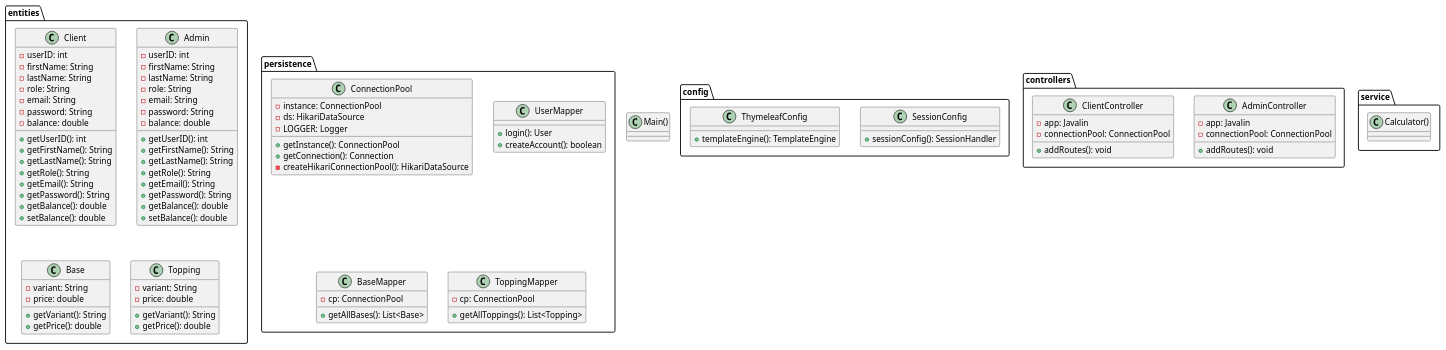
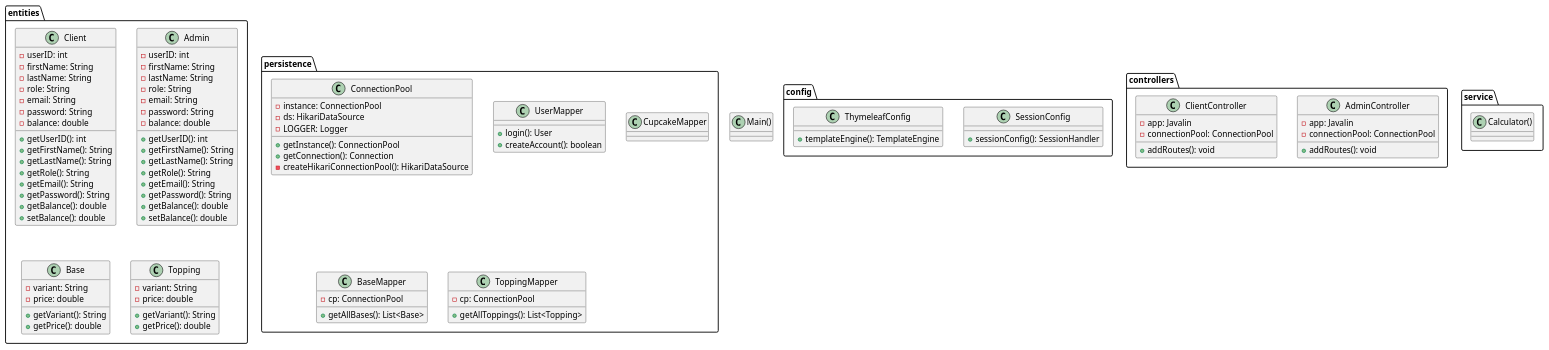
One commit to MathiasStenvall/CupCake-K changed the diagram in src/main/resources/UML/CupCake.puml. Above: the diagram before and after it, drawn with PlantUML. The commit also changed 1 other file, not shown here.

Commit message:
1). Created a Usermapper 2). Updated uml.

```diff
--- a/src/main/resources/UML/CupCake.puml
+++ b/src/main/resources/UML/CupCake.puml
@@ -1,117 +1,123 @@
 @startuml
 
 package entities {
 class Client {
 - userID: int
 - firstName: String
 - lastName: String
 - role: String
 - email: String
 - password: String
 - balance: double
 
 + getUserID(): int
 + getFirstName(): String
 + getLastName(): String
 + getRole(): String
 + getEmail(): String
 + getPassword(): String
 + getBalance(): double
 + setBalance(): double
 }
 
 class Admin {
 - userID: int
 - firstName: String
 - lastName: String
 - role: String
 - email: String
 - password: String
 - balance: double
 
 + getUserID(): int
 + getFirstName(): String
 + getLastName(): String
 + getRole(): String
 + getEmail(): String
 + getPassword(): String
 + getBalance(): double
 + setBalance(): double
 }
 
 class Base {
 - variant: String
 - price: double
 
 + getVariant(): String
 + getPrice(): double
 }
 
 class Topping {
 - variant: String
 - price: double
 
 + getVariant(): String
 + getPrice(): double
 }
 }
 
 package config {
 class SessionConfig {
 + sessionConfig(): SessionHandler
 }
 
 class ThymeleafConfig {
 + templateEngine(): TemplateEngine
 }
 }
 
 package persistence {
 class ConnectionPool {
 - instance: ConnectionPool
 - ds: HikariDataSource
 - LOGGER: Logger
 
 + getInstance(): ConnectionPool
 + getConnection(): Connection
 - createHikariConnectionPool(): HikariDataSource
 }
 
 class UserMapper {
 + login(): User
 + createAccount(): boolean
 }
 
+class UserMapper {
+}
+
+class CupcakeMapper {
+}
+
 class BaseMapper{
 - cp: ConnectionPool
 + getAllBases(): List<Base>
 }
 
 class ToppingMapper{
 - cp: ConnectionPool
 + getAllToppings(): List<Topping>
 }
 }
 
 package controllers {
 class AdminController {
 - app: Javalin
 - connectionPool: ConnectionPool
 + addRoutes(): void
 }
 class ClientController{
 - app: Javalin
 - connectionPool: ConnectionPool
 + addRoutes(): void
 }
 }
 
 package service{
 class Calculator(){
 }
 }
 
 class Main(){
 }
 
 @enduml
```
